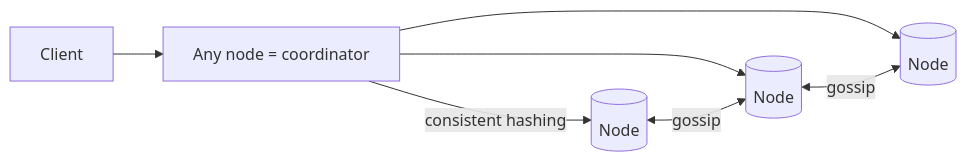
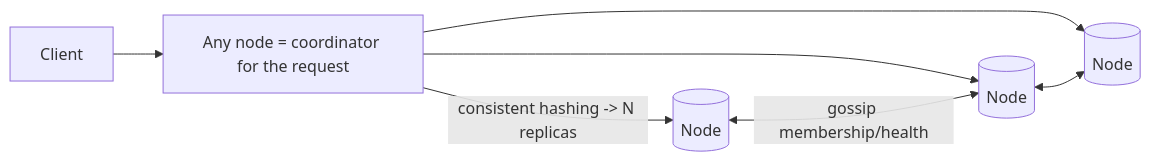
The first of 2 diagrams in system-design/2-case-studies/key-value-store.md (hiepgithub2001/swedocs), drawn with Mermaid before and after one commit. The commit also changed other lines of this file and 12 other files, not shown here.

Commit message:
Expand all 13 case studies with deeper detail (clarifying Qs, estimation math, schemas, more deep dives & diagrams)

````diff
--- a/system-design/2-case-studies/key-value-store.md
+++ b/system-design/2-case-studies/key-value-store.md
@@ -22,8 +28,8 @@
 ```mermaid
 flowchart LR
-    Client --> Coord[Any node = coordinator]
-    Coord -->|consistent hashing| N1[(Node)]
+    Client --> Coord[Any node = coordinator for the request]
+    Coord -->|consistent hashing -> N replicas| N1[(Node)]
     Coord --> N2[(Node)]
     Coord --> N3[(Node)]
-    N1 <-->|gossip| N2 <-->|gossip| N3
+    N1 <-->|gossip membership/health| N2 <--> N3
 ```
````
